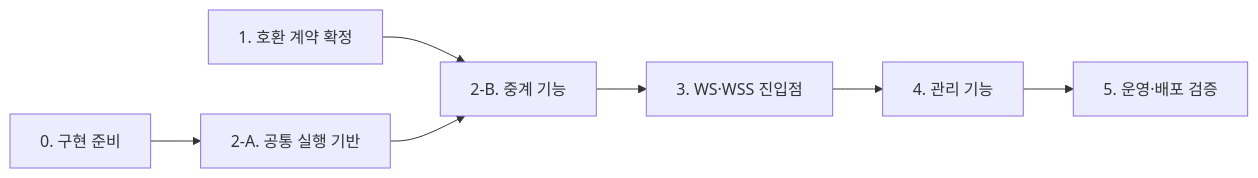
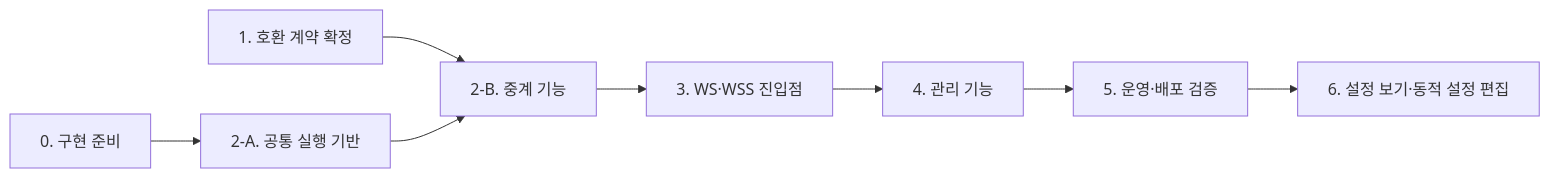
The diagram in docs/TODO.md (kayden-kim/vnc-relay), drawn with Mermaid before and after one commit. The commit also changed other lines of this file and 82 other files, not shown here.

````diff
--- a/docs/TODO.md
+++ b/docs/TODO.md
@@ -19,9 +19,10 @@
 ```mermaid
 flowchart LR
   P0["0. 구현 준비"] --> P2A["2-A. 공통 실행 기반"]
   P1["1. 호환 계약 확정"] --> P2B["2-B. 중계 기능"]
   P2A --> P2B
   P2B --> P3["3. WS·WSS 진입점"]
   P3 --> P4["4. 관리 기능"]
   P4 --> P5["5. 운영·배포 검증"]
+  P5 --> P6["6. 설정 보기·동적 설정 편집"]
 ```
````
